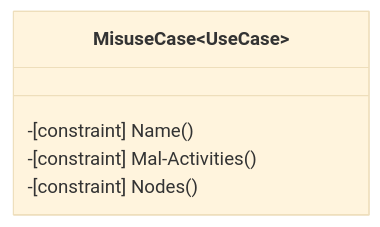
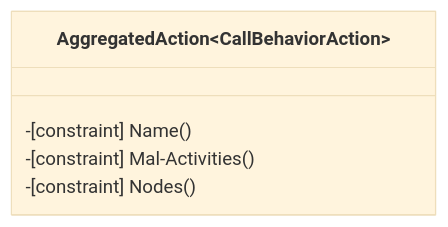
One commit to stuartfowler/CEMT changed the seventh of 49 diagrams in Documentation/stereotypes.md. Above: the diagram before and after it, drawn with Mermaid (base theme). The commit also changed other lines of this file and 17 other files, not shown here.

````diff
--- a/Documentation/stereotypes.md
+++ b/Documentation/stereotypes.md
@@ -95,9 +95,9 @@
 ```mermaid
     classDiagram
-        class MisuseCase~UseCase~ {      
+        class AggregatedAction~CallBehaviorAction~ {      
             -[constraint] Name()
             -[constraint] Mal-Activities()
             -[constraint] Nodes()
         }
         
 ```
````
